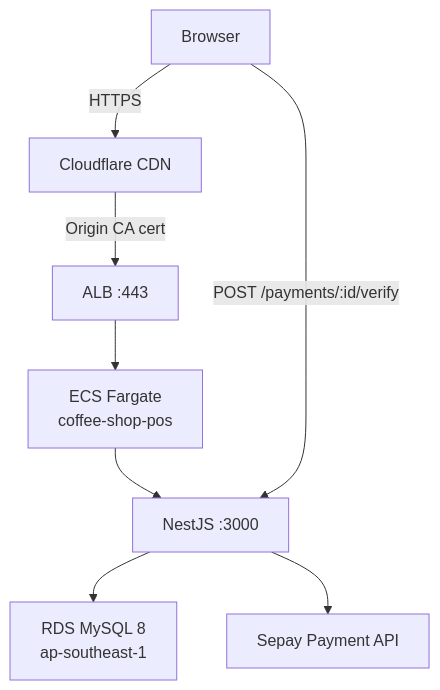
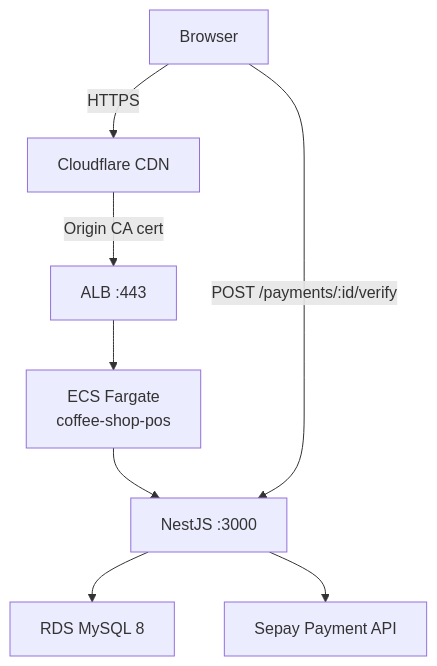
The first of 4 diagrams in docs/architecture.md (dng-nguyn/WNC-2026-N01.LT2), drawn with Mermaid before and after one commit. The commit also changed other lines of this file, not shown here.

Commit message:
docs: remove hardcoded ap-southeast-1 region from architecture diagrams

````diff
--- a/docs/architecture.md
+++ b/docs/architecture.md
@@ -20,10 +20,10 @@
 ```mermaid
 graph TD
     Browser[Browser] -->|HTTPS| CF[Cloudflare CDN]
     CF -->|Origin CA cert| ALB[ALB :443]
     ALB --> ECS[ECS Fargate<br/>coffee-shop-pos]
     ECS --> NestJS[NestJS :3000]
-    NestJS --> RDS[RDS MySQL 8<br/>ap-southeast-1]
+    NestJS --> RDS[RDS MySQL 8]
     NestJS --> Sepay[Sepay Payment API]
     Browser -->|POST /payments/:id/verify| NestJS
 ```
````
